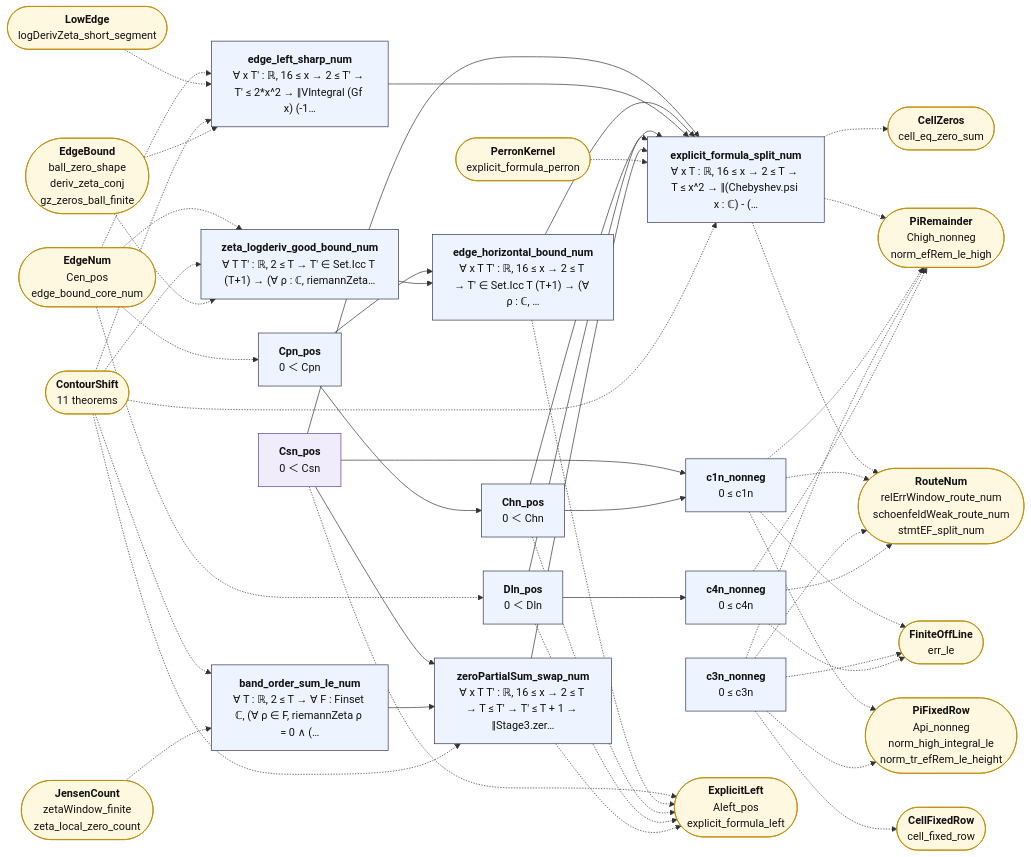
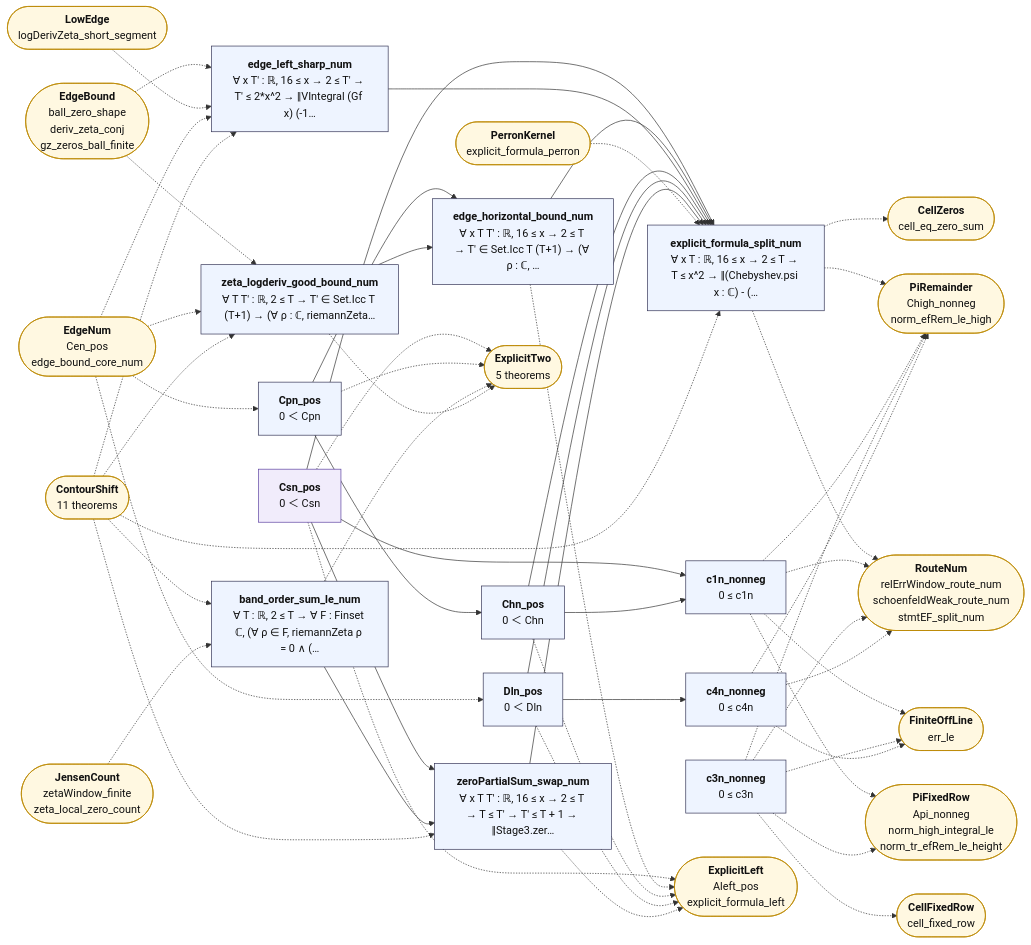
Before and after one commit to juliansambranojr/Primebeat_081426: the diagram in map/lean_stage3/GlueNum.md, drawn with Mermaid. The commit also changed other lines of this file and 43 other files, not shown here.

First line of the commit message:
Block G2: the explicit formula at every height from x = 2 (unit 0464)

```diff
--- a/map/lean_stage3/GlueNum.md
+++ b/map/lean_stage3/GlueNum.md
@@ -25,18 +25,19 @@
   n11["<b>edge_left_sharp_num</b><br/>∀ x T' : ℝ, 16 ≤ x → 2 ≤ T' → T' ≤ 2*x^2 → ‖VIntegral (Gf x) (-1…"]:::thm
   n12["<b>explicit_formula_split_num</b><br/>∀ x T : ℝ, 16 ≤ x → 2 ≤ T → T ≤ x^2 → ‖(Chebyshev.psi x : ℂ) - (…"]:::thm
   x0(["<b>ExplicitLeft</b><br/>Aleft_pos<br/>explicit_formula_left"]):::ext
-  x1(["<b>EdgeNum</b><br/>Cen_pos<br/>edge_bound_core_num"]):::ext
-  x2(["<b>FiniteOffLine</b><br/>err_le"]):::ext
-  x3(["<b>PiFixedRow</b><br/>Api_nonneg<br/>norm_high_integral_le<br/>norm_tr_efRem_le_height"]):::ext
-  x4(["<b>PiRemainder</b><br/>Chigh_nonneg<br/>norm_efRem_le_high"]):::ext
-  x5(["<b>RouteNum</b><br/>relErrWindow_route_num<br/>schoenfeldWeak_route_num<br/>stmtEF_split_num"]):::ext
-  x6(["<b>CellFixedRow</b><br/>cell_fixed_row"]):::ext
-  x7(["<b>ContourShift</b><br/>11 theorems"]):::ext
-  x8(["<b>JensenCount</b><br/>zetaWindow_finite<br/>zeta_local_zero_count"]):::ext
-  x9(["<b>EdgeBound</b><br/>ball_zero_shape<br/>deriv_zeta_conj<br/>gz_zeros_ball_finite"]):::ext
-  x10(["<b>LowEdge</b><br/>logDerivZeta_short_segment"]):::ext
-  x11(["<b>PerronKernel</b><br/>explicit_formula_perron"]):::ext
-  x12(["<b>CellZeros</b><br/>cell_eq_zero_sum"]):::ext
+  x1(["<b>ExplicitTwo</b><br/>5 theorems"]):::ext
+  x2(["<b>EdgeNum</b><br/>Cen_pos<br/>edge_bound_core_num"]):::ext
+  x3(["<b>FiniteOffLine</b><br/>err_le"]):::ext
+  x4(["<b>PiFixedRow</b><br/>Api_nonneg<br/>norm_high_integral_le<br/>norm_tr_efRem_le_height"]):::ext
+  x5(["<b>PiRemainder</b><br/>Chigh_nonneg<br/>norm_efRem_le_high"]):::ext
+  x6(["<b>RouteNum</b><br/>relErrWindow_route_num<br/>schoenfeldWeak_route_num<br/>stmtEF_split_num"]):::ext
+  x7(["<b>CellFixedRow</b><br/>cell_fixed_row"]):::ext
+  x8(["<b>ContourShift</b><br/>11 theorems"]):::ext
+  x9(["<b>JensenCount</b><br/>zetaWindow_finite<br/>zeta_local_zero_count"]):::ext
+  x10(["<b>EdgeBound</b><br/>ball_zero_shape<br/>deriv_zeta_conj<br/>gz_zeros_ball_finite"]):::ext
+  x11(["<b>LowEdge</b><br/>logDerivZeta_short_segment"]):::ext
+  x12(["<b>PerronKernel</b><br/>explicit_formula_perron"]):::ext
+  x13(["<b>CellZeros</b><br/>cell_eq_zero_sum"]):::ext
   n0 --> n12
   n0 --> n4
   n0 --> n8
@@ -52,39 +53,43 @@
   n8 --> n12
   n9 --> n10
   n0 -.-> x0
+  n0 -.-> x1
+  n1 -.-> x1
   n10 -.-> x0
-  n12 -.-> x12
-  n12 -.-> x4
+  n12 -.-> x13
   n12 -.-> x5
+  n12 -.-> x6
   n2 -.-> x0
   n3 -.-> x0
-  n4 -.-> x2
   n4 -.-> x3
   n4 -.-> x4
   n4 -.-> x5
-  n5 -.-> x2
+  n4 -.-> x6
   n5 -.-> x3
   n5 -.-> x4
   n5 -.-> x5
   n5 -.-> x6
-  n6 -.-> x2
-  n6 -.-> x4
+  n5 -.-> x7
+  n6 -.-> x3
   n6 -.-> x5
+  n6 -.-> x6
+  n7 -.-> x1
   n8 -.-> x0
-  x1 -.-> n1
-  x1 -.-> n11
-  x1 -.-> n3
-  x1 -.-> n9
+  n9 -.-> x1
   x10 -.-> n11
-  x11 -.-> n12
-  x7 -.-> n11
-  x7 -.-> n12
-  x7 -.-> n7
-  x7 -.-> n8
-  x7 -.-> n9
+  x10 -.-> n9
+  x11 -.-> n11
+  x12 -.-> n12
+  x2 -.-> n1
+  x2 -.-> n11
+  x2 -.-> n3
+  x2 -.-> n9
+  x8 -.-> n11
+  x8 -.-> n12
   x8 -.-> n7
-  x9 -.-> n11
-  x9 -.-> n9
+  x8 -.-> n8
+  x8 -.-> n9
+  x9 -.-> n7
   classDef cnt fill:#dff5ec,stroke:#17694a,color:#111
   classDef shp fill:#f1ecfb,stroke:#5b3fa0,color:#111
   classDef rh fill:#ffe5e5,stroke:#c22,color:#111,stroke-width:2px
```
